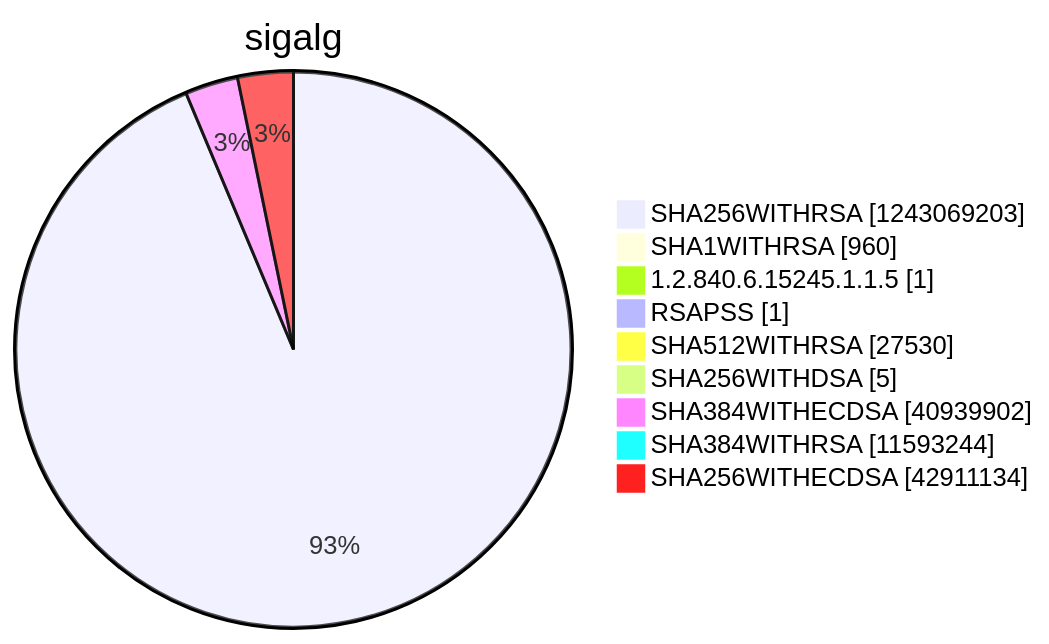
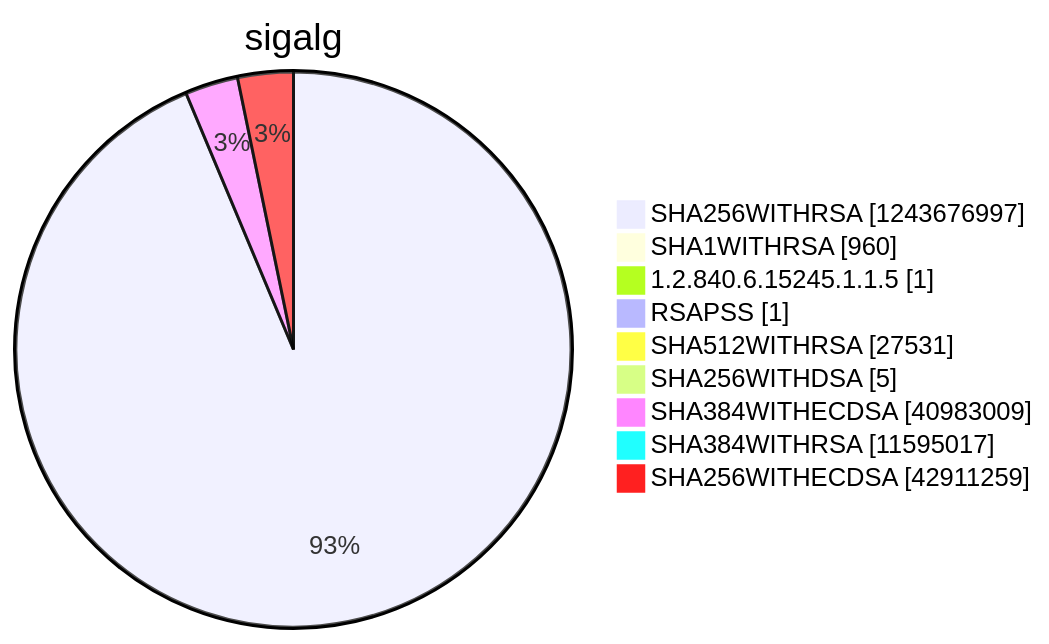
One commit to christiankrug/ctmonitor_visualization changed diagram 15 of 15 in argon2022/README.md. Above: the diagram before and after it, drawn with Mermaid. The commit also changed other lines of this file, not shown here.

````diff
--- a/argon2022/README.md
+++ b/argon2022/README.md
@@ -5522,13 +5522,13 @@
 ```mermaid
 pie showData
 title sigalg
-"SHA256WITHRSA" :1243069203
+"SHA256WITHRSA" :1243676997
 "SHA1WITHRSA" :960
 "1.2.840.6.15245.1.1.5" :1
 "RSAPSS" :1
-"SHA512WITHRSA" :27530
+"SHA512WITHRSA" :27531
 "SHA256WITHDSA" :5
-"SHA384WITHECDSA" :40939902
-"SHA384WITHRSA" :11593244
-"SHA256WITHECDSA" :42911134
+"SHA384WITHECDSA" :40983009
+"SHA384WITHRSA" :11595017
+"SHA256WITHECDSA" :42911259
 ```
````
